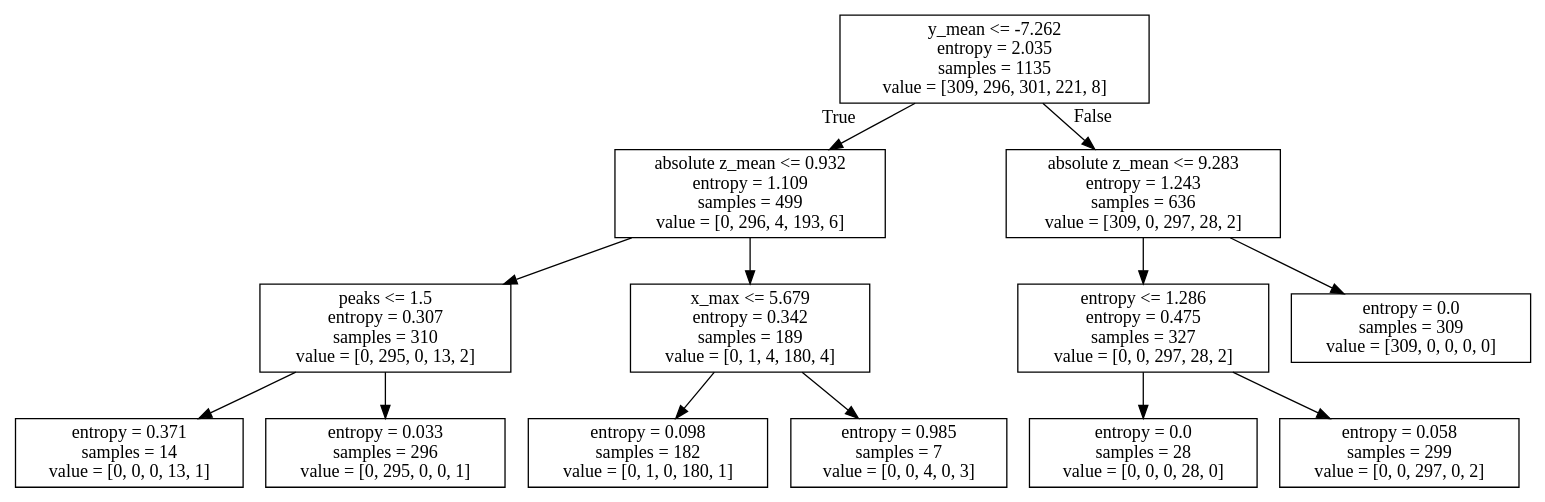
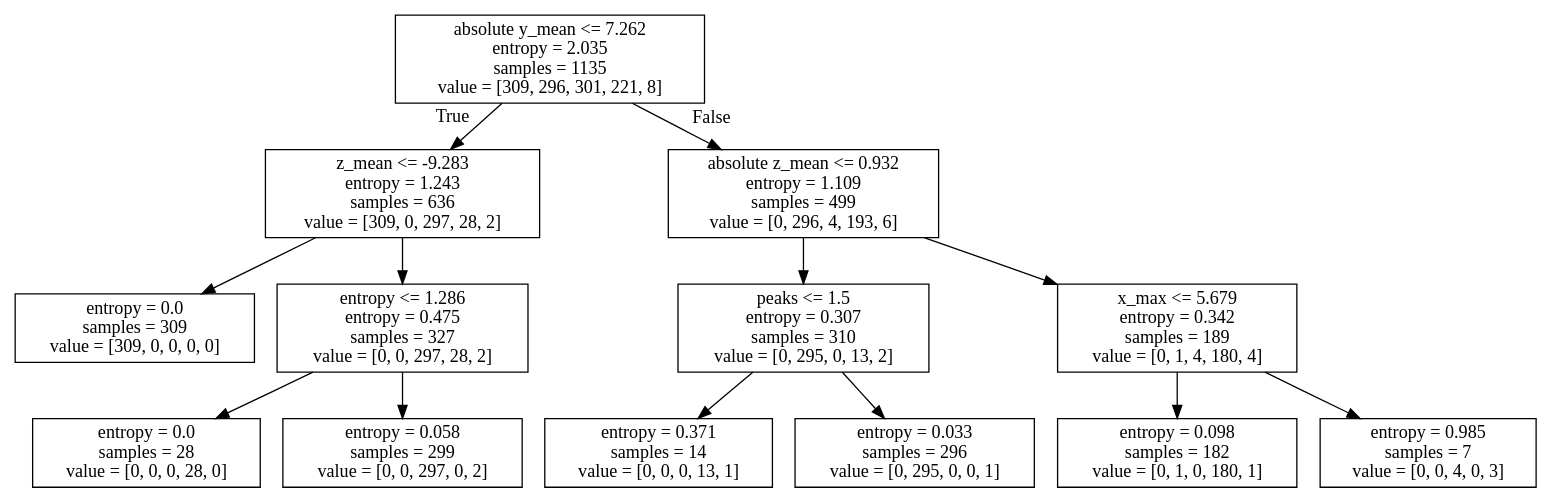
The diagram in dots/tree_3.dot (mwu-dev/CS328-Fall-Detection), drawn with Graphviz before and after one commit. The commit also changed 15 other files, not shown here.

```diff
--- a/dots/tree_3.dot
+++ b/dots/tree_3.dot
@@ -1,28 +1,28 @@
 digraph Tree {
 node [shape=box] ;
-0 [label="y_mean <= -7.262\nentropy = 2.035\nsamples = 1135\nvalue = [309, 296, 301, 221, 8]"] ;
-1 [label="absolute z_mean <= 0.932\nentropy = 1.109\nsamples = 499\nvalue = [0, 296, 4, 193, 6]"] ;
+0 [label="absolute y_mean <= 7.262\nentropy = 2.035\nsamples = 1135\nvalue = [309, 296, 301, 221, 8]"] ;
+1 [label="z_mean <= -9.283\nentropy = 1.243\nsamples = 636\nvalue = [309, 0, 297, 28, 2]"] ;
 0 -> 1 [labeldistance=2.5, labelangle=45, headlabel="True"] ;
-2 [label="peaks <= 1.5\nentropy = 0.307\nsamples = 310\nvalue = [0, 295, 0, 13, 2]"] ;
+2 [label="entropy = 0.0\nsamples = 309\nvalue = [309, 0, 0, 0, 0]"] ;
 1 -> 2 ;
-3 [label="entropy = 0.371\nsamples = 14\nvalue = [0, 0, 0, 13, 1]"] ;
-2 -> 3 ;
-4 [label="entropy = 0.033\nsamples = 296\nvalue = [0, 295, 0, 0, 1]"] ;
-2 -> 4 ;
-5 [label="x_max <= 5.679\nentropy = 0.342\nsamples = 189\nvalue = [0, 1, 4, 180, 4]"] ;
-1 -> 5 ;
-6 [label="entropy = 0.098\nsamples = 182\nvalue = [0, 1, 0, 180, 1]"] ;
-5 -> 6 ;
-7 [label="entropy = 0.985\nsamples = 7\nvalue = [0, 0, 4, 0, 3]"] ;
-5 -> 7 ;
-8 [label="absolute z_mean <= 9.283\nentropy = 1.243\nsamples = 636\nvalue = [309, 0, 297, 28, 2]"] ;
-0 -> 8 [labeldistance=2.5, labelangle=-45, headlabel="False"] ;
-9 [label="entropy <= 1.286\nentropy = 0.475\nsamples = 327\nvalue = [0, 0, 297, 28, 2]"] ;
-8 -> 9 ;
-10 [label="entropy = 0.0\nsamples = 28\nvalue = [0, 0, 0, 28, 0]"] ;
-9 -> 10 ;
-11 [label="entropy = 0.058\nsamples = 299\nvalue = [0, 0, 297, 0, 2]"] ;
-9 -> 11 ;
-12 [label="entropy = 0.0\nsamples = 309\nvalue = [309, 0, 0, 0, 0]"] ;
-8 -> 12 ;
+3 [label="entropy <= 1.286\nentropy = 0.475\nsamples = 327\nvalue = [0, 0, 297, 28, 2]"] ;
+1 -> 3 ;
+4 [label="entropy = 0.0\nsamples = 28\nvalue = [0, 0, 0, 28, 0]"] ;
+3 -> 4 ;
+5 [label="entropy = 0.058\nsamples = 299\nvalue = [0, 0, 297, 0, 2]"] ;
+3 -> 5 ;
+6 [label="absolute z_mean <= 0.932\nentropy = 1.109\nsamples = 499\nvalue = [0, 296, 4, 193, 6]"] ;
+0 -> 6 [labeldistance=2.5, labelangle=-45, headlabel="False"] ;
+7 [label="peaks <= 1.5\nentropy = 0.307\nsamples = 310\nvalue = [0, 295, 0, 13, 2]"] ;
+6 -> 7 ;
+8 [label="entropy = 0.371\nsamples = 14\nvalue = [0, 0, 0, 13, 1]"] ;
+7 -> 8 ;
+9 [label="entropy = 0.033\nsamples = 296\nvalue = [0, 295, 0, 0, 1]"] ;
+7 -> 9 ;
+10 [label="x_max <= 5.679\nentropy = 0.342\nsamples = 189\nvalue = [0, 1, 4, 180, 4]"] ;
+6 -> 10 ;
+11 [label="entropy = 0.098\nsamples = 182\nvalue = [0, 1, 0, 180, 1]"] ;
+10 -> 11 ;
+12 [label="entropy = 0.985\nsamples = 7\nvalue = [0, 0, 4, 0, 3]"] ;
+10 -> 12 ;
 }
```
